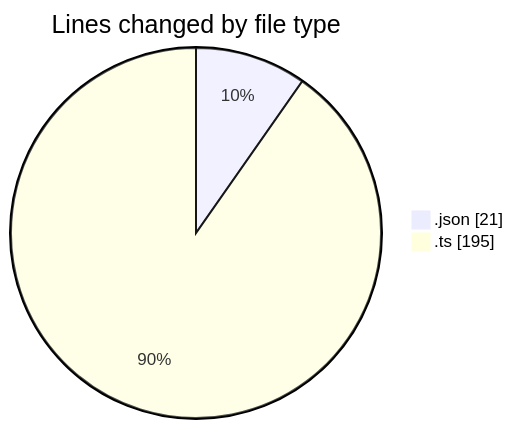
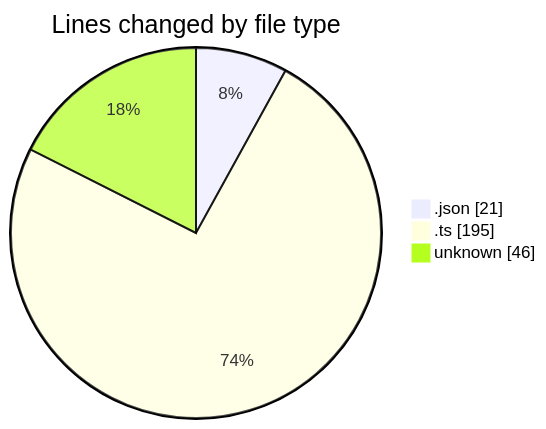
One commit to momahboobian/code-tracking changed the first of 2 diagrams in 2025-01-15/github-activity-tracker/README.md. Above: the diagram before and after it, drawn with Mermaid. The commit also changed other lines of this file and 1 other file, not shown here.

````diff
--- a/2025-01-15/github-activity-tracker/README.md
+++ b/2025-01-15/github-activity-tracker/README.md
@@ -24,6 +25,7 @@
 ```mermaid
 pie showData
 title Lines changed by file type
 ".json" : 21
 ".ts" : 195
+"unknown" : 46
 ```
````
